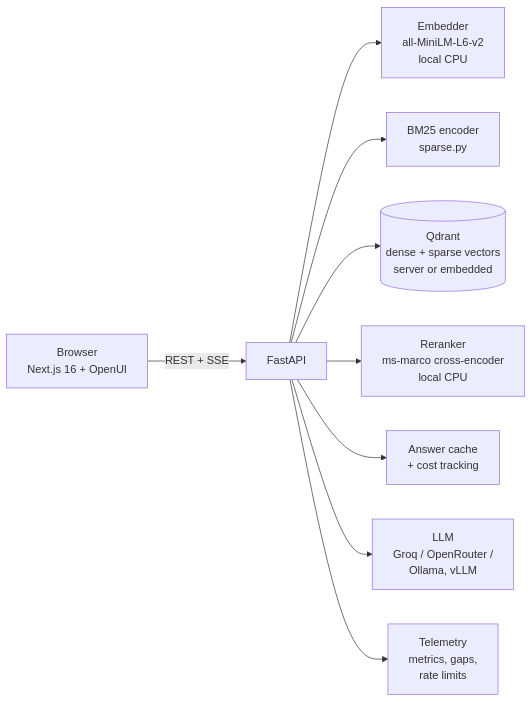
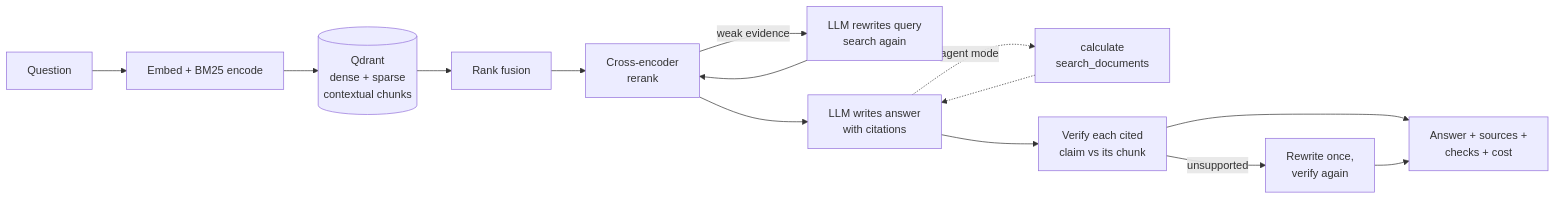
The diagram in README.md (ichor-hash/Wally), drawn with Mermaid before and after one commit. The commit also changed other lines of this file and 70 other files, not shown here.

First line of the commit message:
Ethan v3.1: verified answers, corrective search, agent tools, contextual retrieval

````diff
--- a/README.md
+++ b/README.md
@@ -82,11 +138,16 @@
 ```mermaid
 flowchart LR
-    U[Browser<br/>Next.js 16 + OpenUI] -- REST + SSE --> A[FastAPI]
-    A --> E[Embedder<br/>all-MiniLM-L6-v2<br/>local CPU]
-    A --> S[BM25 encoder<br/>sparse.py]
-    A --> Q[(Qdrant<br/>dense + sparse vectors<br/>server or embedded)]
-    A --> R[Reranker<br/>ms-marco cross-encoder<br/>local CPU]
-    A --> C[Answer cache<br/>+ cost tracking]
-    A --> L[LLM<br/>Groq / OpenRouter /<br/>Ollama, vLLM]
-    A --> T[Telemetry<br/>metrics, gaps,<br/>rate limits]
+    Q[Question] --> E[Embed + BM25 encode]
+    E --> S[(Qdrant<br/>dense + sparse<br/>contextual chunks)]
+    S --> F[Rank fusion]
+    F --> R[Cross-encoder<br/>rerank]
+    R -->|weak evidence| C[LLM rewrites query<br/>search again]
+    C --> R
+    R --> G[LLM writes answer<br/>with citations]
+    G -.agent mode.-> T[calculate<br/>search_documents]
+    T -.-> G
+    G --> V[Verify each cited<br/>claim vs its chunk]
+    V -->|unsupported| X[Rewrite once,<br/>verify again]
+    V --> A[Answer + sources +<br/>checks + cost]
+    X --> A
 ```
````
